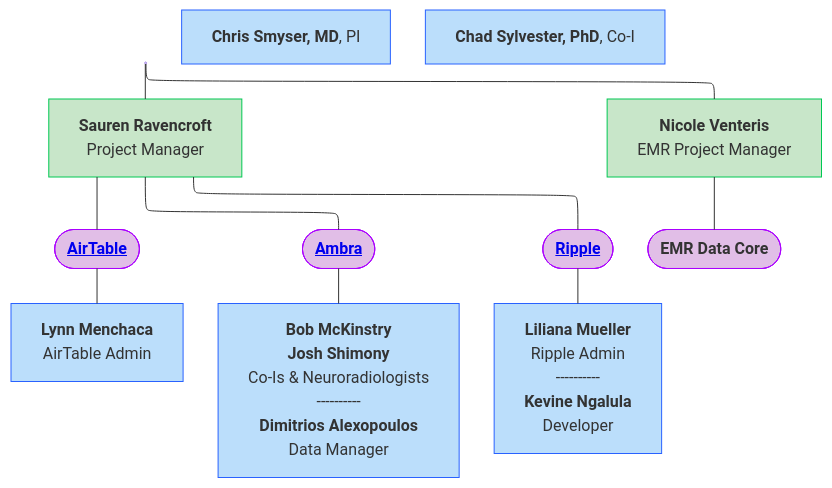
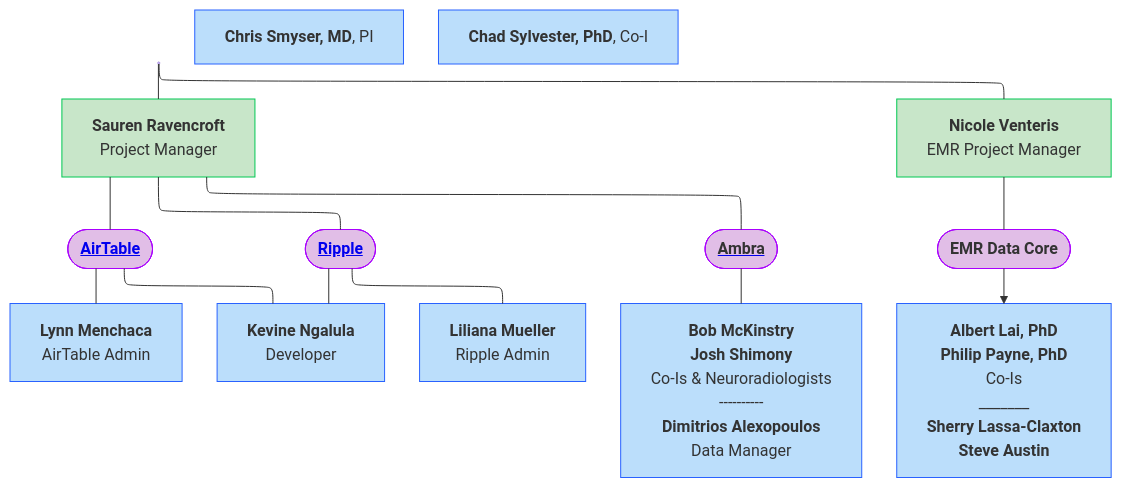
Before and after one commit to DCAN-Labs/hbcd-docs-internal: the diagram in docs/orgcharts/mermaid/washu.mmd, drawn with Mermaid. The commit also changed 2 other files, not shown here.

```diff
--- a/docs/orgcharts/mermaid/washu.mmd
+++ b/docs/orgcharts/mermaid/washu.mmd
@@ -1,34 +1,38 @@
 ---
 config:
   layout: elk
 ---
 flowchart TB
-    n5@{ label: "<a href=\"../orgcharts/#airtable\" target=\"_top\"><b>AirTable</b></a>" } --- n9["<b>Lynn Menchaca</b><br>AirTable Admin"]
-    ambra@{ label: "<a href=\"../orgcharts/#ambra\" target=\"_top\"><b>Ambra</b></a>" } --- n1["<b>Bob McKinstry</b><br><b>Josh Shimony</b><br>Co-Is &amp; Neuroradiologists<br>----------<br><b>Dimitrios Alexopoulos</b><br>Data Manager"]
-    n15@{ label: "<a href=\"../orgcharts/#ripple\" target=\"_top\"><b>Ripple</b></a>" } --- n16["<b>Liliana Mueller</b><br>Ripple Admin<br>----------<br><b>Kevine Ngalula</b><br>Developer"]
-    n17["<b>Sauren Ravencroft</b><br>Project Manager"] --- n5 & ambra & n15
+    n5@{ label: "<a href=\"../orgcharts/#airtable\" target=\"_top\"><b>AirTable</b></a>" } --- n9["<b>Lynn Menchaca</b><br>AirTable Admin"] & n22["<b>Kevine Ngalula<br></b>Developer"]
+    n17["<b>Sauren Ravencroft</b><br>Project Manager"] --- n5 & n15@{ label: "<a href=\"../orgcharts/#ripple\" target=\"_top\"><b>Ripple</b></a>" } & n23@{ label: "<a href=\"https://www.mermaidchart.com/app/projects/4f81a1a6-5f43-40aa-9f44-d23b80ccefb3/diagrams/f1e11327-9b5e-4c64-9817-365959035667/version/orgcharts/#ambra\" style=\"--tw-scale-x:\" target=\"_top\"><span style=\"--tw-scale-x:\"><b>Ambra</b></span></a>" }
     n14["<b>Chad Sylvester, PhD</b>, Co-I"] --- n17 & n18["<b>Nicole Venteris</b><br>EMR Project Manager"]
-    n18 --- n19(["<b>EMR Data Core</b>"])
+    n15 --- n22 & n16["<b>Liliana Mueller</b><br>Ripple Admin<br>"]
+    n23 --- n1["<b>Bob McKinstry</b><br><b>Josh Shimony</b><br>Co-Is &amp; Neuroradiologists<br>----------<br><b>Dimitrios Alexopoulos</b><br>Data Manager"]
+    n18 --- n24(["<b>EMR Data Core</b>"])
+    n24 --> n25@{ label: "<span style=\"color:\"><b>Albert Lai, PhD<br></b></span><span style=\"color:\"><b>Philip Payne, PhD<br></b>Co-Is</span><span style=\"color:\"><br></span>_______<br><span style=\"color:\"><b>Sherry Lassa-Claxton<br>Steve Austin</b></span><span style=\"color:\"></span>" }
     n20["<b>Chris Smyser, MD</b>, PI"]
     n21["<b>Chad Sylvester, PhD</b>, Co-I"]
     n5@{ shape: stadium}
-    ambra@{ shape: stadium}
+    n17@{ shape: rect}
     n15@{ shape: stadium}
-    n16@{ shape: rect}
-    n17@{ shape: rect}
+    n23@{ shape: stadium}
     n14@{ shape: anchor}
     n18@{ shape: rect}
+    n16@{ shape: rect}
+    n25@{ shape: rect}
     n20@{ shape: rect}
     n21@{ shape: rect}
     style n5 fill:#E1BEE7,stroke:#AA00FF
     style n9 fill:#BBDEFB,stroke:#2962FF
-    style ambra fill:#E1BEE7,stroke:#AA00FF
-    style n1 fill:#BBDEFB,stroke:#2962FF
+    style n22 fill:#BBDEFB,stroke:#2962FF
+    style n17 fill:#C8E6C9,stroke:#00C853
     style n15 fill:#E1BEE7,stroke:#AA00FF
-    style n16 fill:#BBDEFB,stroke:#2962FF
-    style n17 fill:#C8E6C9,stroke:#00C853
+    style n23 fill:#E1BEE7,stroke:#AA00FF
     style n14 fill:#BBDEFB,stroke:#2962FF
     style n18 fill:#C8E6C9,stroke:#00C853
-    style n19 fill:#E1BEE7,stroke:#AA00FF
+    style n16 fill:#BBDEFB,stroke:#2962FF
+    style n1 fill:#BBDEFB,stroke:#2962FF
+    style n24 stroke:#AA00FF,fill:#E1BEE7
+    style n25 fill:#BBDEFB,stroke:#2962FF
     style n20 fill:#BBDEFB,stroke:#2962FF
     style n21 fill:#BBDEFB,stroke:#2962FF
```
